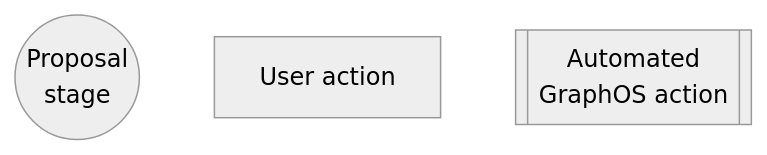
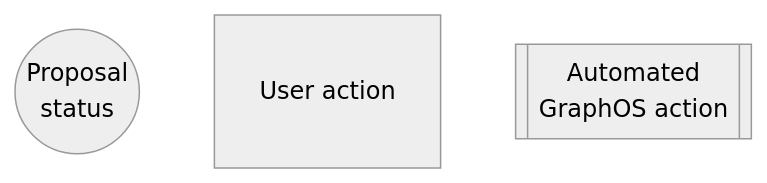
One commit to apollographql/docs changed the fifth of 5 diagrams in src/content/graphos/delivery/schema-proposals.mdx. Above: the diagram before and after it, drawn with Mermaid (neutral theme). The commit also changed other lines of this file and 4 other files, not shown here.

````diff
--- a/src/content/graphos/delivery/schema-proposals.mdx
+++ b/src/content/graphos/delivery/schema-proposals.mdx
@@ -117,8 +121,10 @@
 ```mermaid
 graph TB
-  Stage((Proposal <br/> stage))
+  Status((Proposal <br/> status))
   User["User action"]
   Automated[["Automated <br/> GraphOS action"]]
-  class Stage secondary;
+  class Status secondary;
   class Automated tertiary;
+  User:::padding
+  classDef padding padding-left:5em, padding-right:5em
 ```
````
